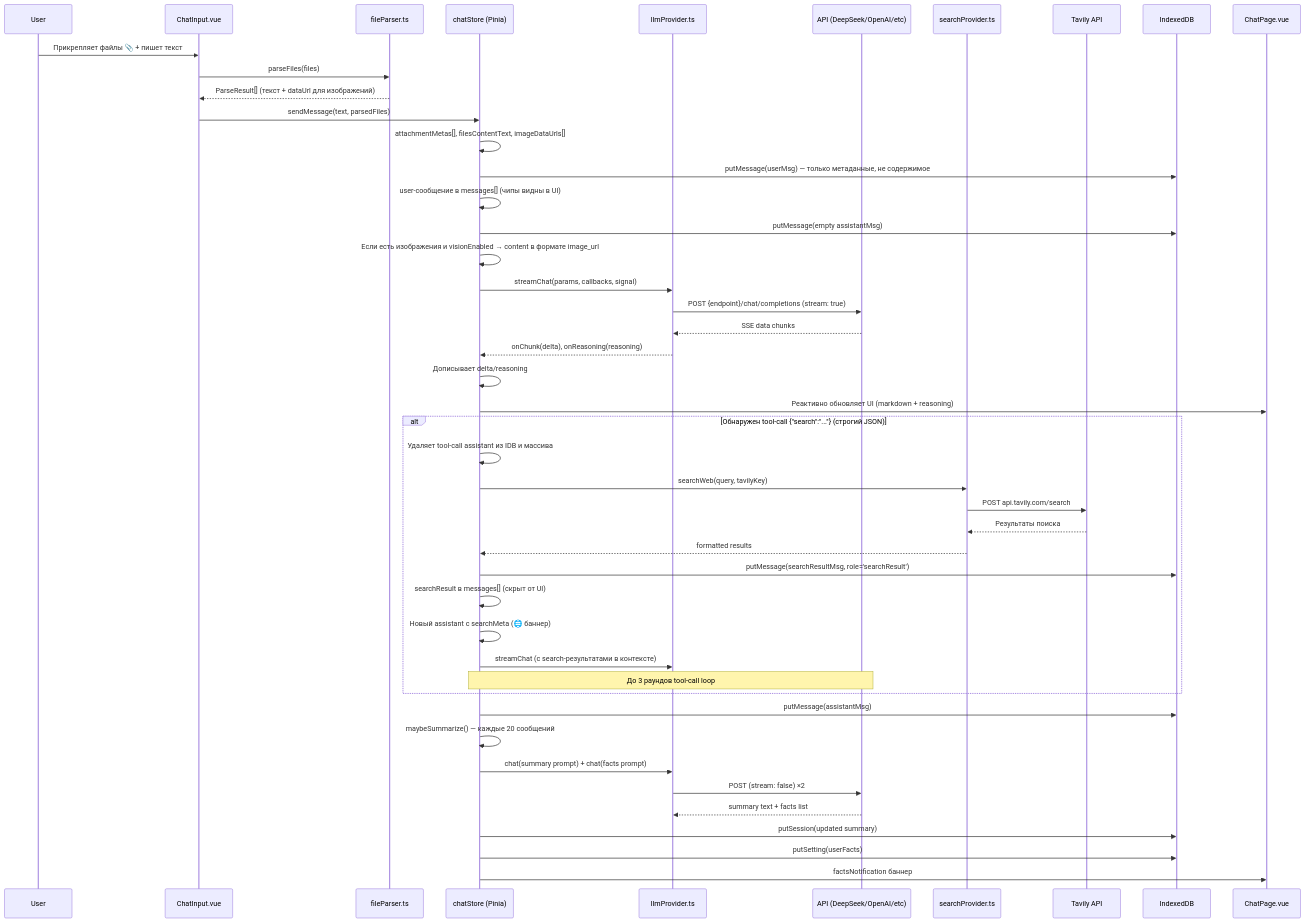
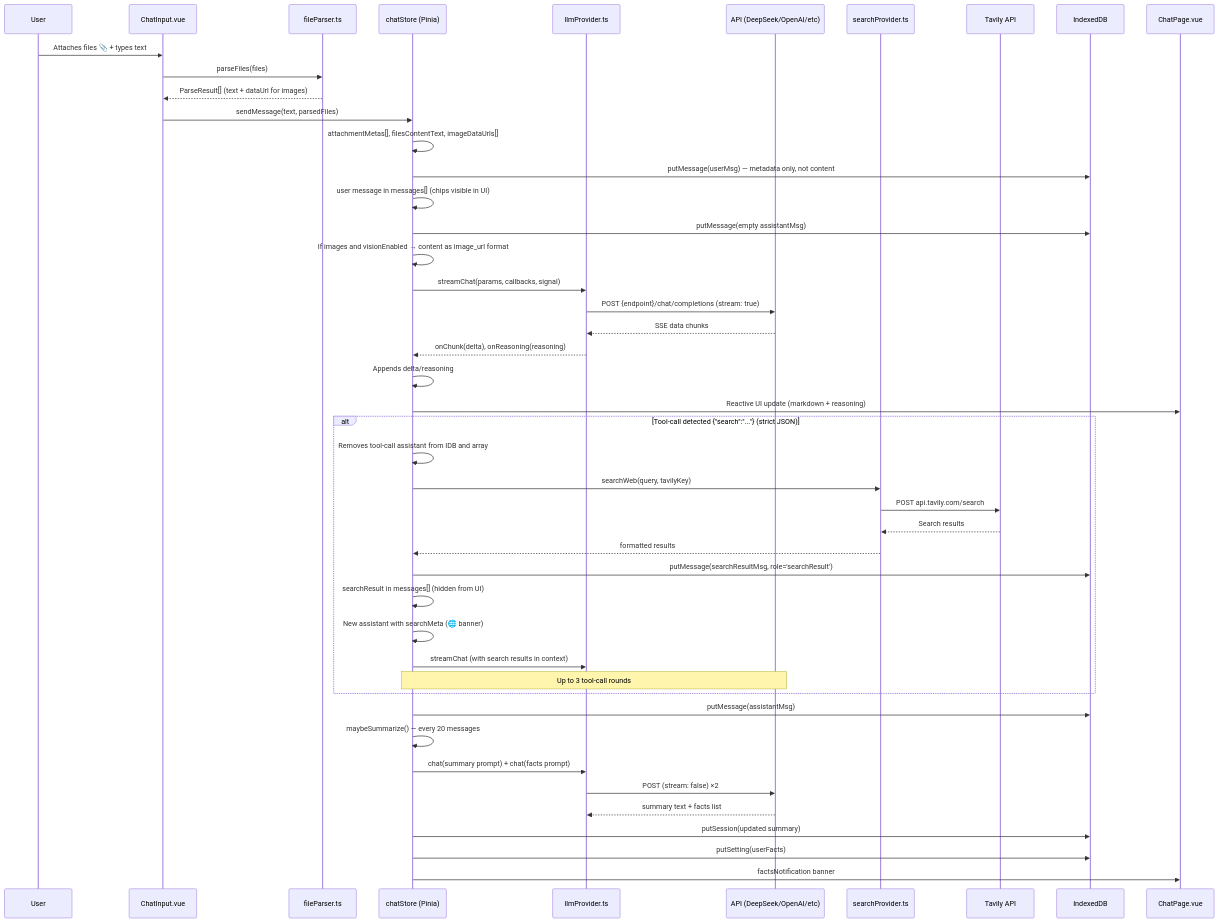
One commit to bobbjedi/openai-compatible-chat changed the diagram in quasar-deepseek-chat.md. Above: the diagram before and after it, drawn with Mermaid. The commit also changed other lines of this file and 6 other files, not shown here.

````diff
--- a/quasar-deepseek-chat.md
+++ b/quasar-deepseek-chat.md
@@ -102,51 +115,51 @@
 ```mermaid
 sequenceDiagram
     participant U as User
     participant CI as ChatInput.vue
     participant FP as fileParser.ts
     participant CS as chatStore (Pinia)
     participant LP as llmProvider.ts
     participant API as API (DeepSeek/OpenAI/etc)
     participant SP as searchProvider.ts
     participant TAV as Tavily API
     participant IDB as IndexedDB
     participant CP as ChatPage.vue
 
-    U->>CI: Прикрепляет файлы 📎 + пишет текст
+    U->>CI: Attaches files 📎 + types text
     CI->>FP: parseFiles(files)
-    FP-->>CI: ParseResult[] (текст + dataUrl для изображений)
+    FP-->>CI: ParseResult[] (text + dataUrl for images)
     CI->>CS: sendMessage(text, parsedFiles)
     CS->>CS: attachmentMetas[], filesContentText, imageDataUrls[]
-    CS->>IDB: putMessage(userMsg) — только метаданные, не содержимое
-    CS->>CS: user-сообщение в messages[] (чипы видны в UI)
+    CS->>IDB: putMessage(userMsg) — metadata only, not content
+    CS->>CS: user message in messages[] (chips visible in UI)
     CS->>IDB: putMessage(empty assistantMsg)
-    CS->>CS: Если есть изображения и visionEnabled → content в формате image_url
+    CS->>CS: If images and visionEnabled → content as image_url format
     CS->>LP: streamChat(params, callbacks, signal)
     LP->>API: POST {endpoint}/chat/completions (stream: true)
     API-->>LP: SSE data chunks
     LP-->>CS: onChunk(delta), onReasoning(reasoning)
-    CS->>CS: Дописывает delta/reasoning
-    CS->>CP: Реактивно обновляет UI (markdown + reasoning)
+    CS->>CS: Appends delta/reasoning
+    CS->>CP: Reactive UI update (markdown + reasoning)
 
-    alt Обнаружен tool-call {"search":"..."} (строгий JSON)
-        CS->>CS: Удаляет tool-call assistant из IDB и массива
+    alt Tool-call detected {"search":"..."} (strict JSON)
+        CS->>CS: Removes tool-call assistant from IDB and array
         CS->>SP: searchWeb(query, tavilyKey)
         SP->>TAV: POST api.tavily.com/search
-        TAV-->>SP: Результаты поиска
+        TAV-->>SP: Search results
         SP-->>CS: formatted results
         CS->>IDB: putMessage(searchResultMsg, role='searchResult')
-        CS->>CS: searchResult в messages[] (скрыт от UI)
-        CS->>CS: Новый assistant с searchMeta (🌐 баннер)
-        CS->>LP: streamChat (с search-результатами в контексте)
-        Note over CS,API: До 3 раундов tool-call loop
+        CS->>CS: searchResult in messages[] (hidden from UI)
+        CS->>CS: New assistant with searchMeta (🌐 banner)
+        CS->>LP: streamChat (with search results in context)
+        Note over CS,API: Up to 3 tool-call rounds
     end
 
     CS->>IDB: putMessage(assistantMsg)
-    CS->>CS: maybeSummarize() — каждые 20 сообщений
+    CS->>CS: maybeSummarize() — every 20 messages
     CS->>LP: chat(summary prompt) + chat(facts prompt)
     LP->>API: POST (stream: false) ×2
     API-->>LP: summary text + facts list
     CS->>IDB: putSession(updated summary)
     CS->>IDB: putSetting(userFacts)
-    CS->>CP: factsNotification баннер
+    CS->>CP: factsNotification banner
 ```
````
